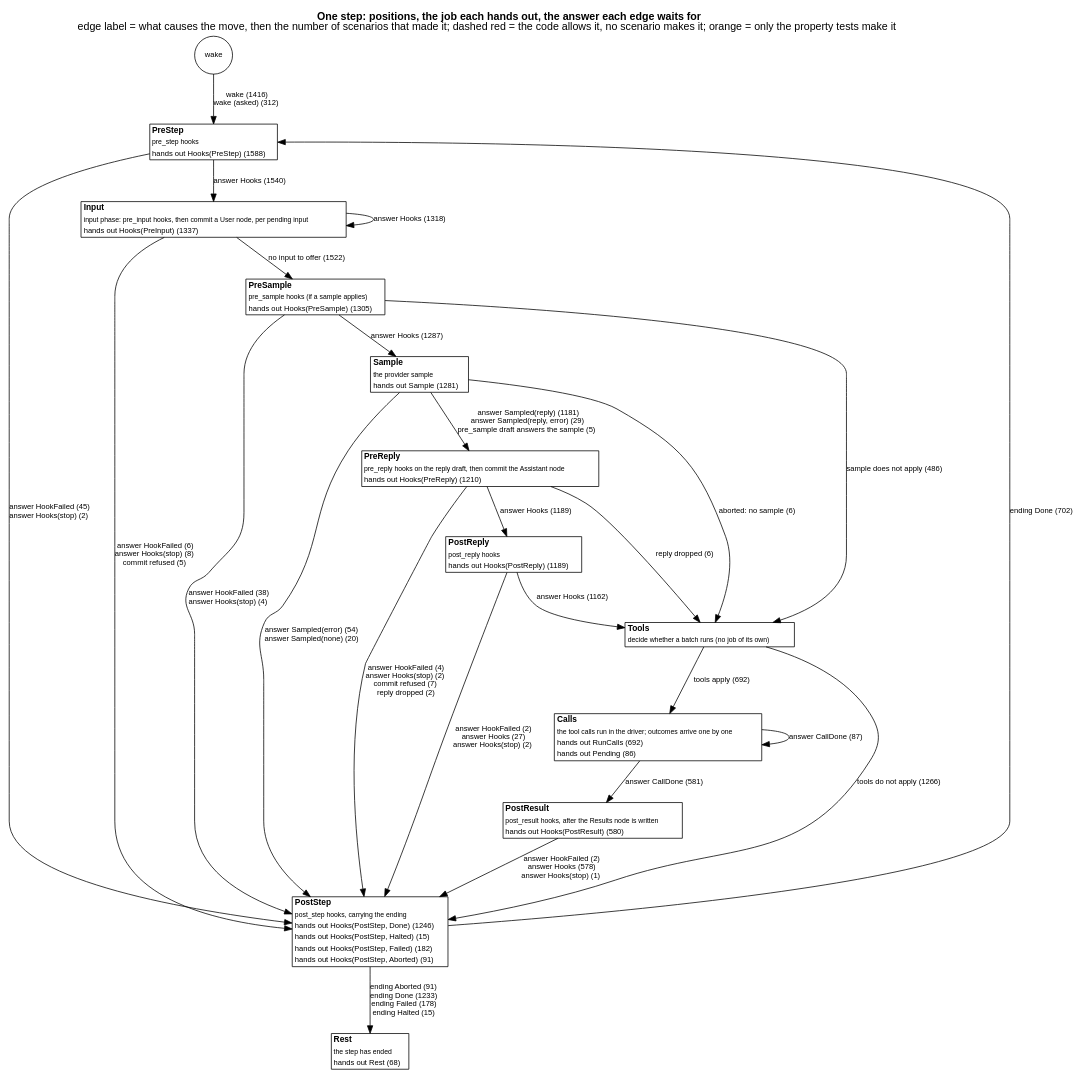
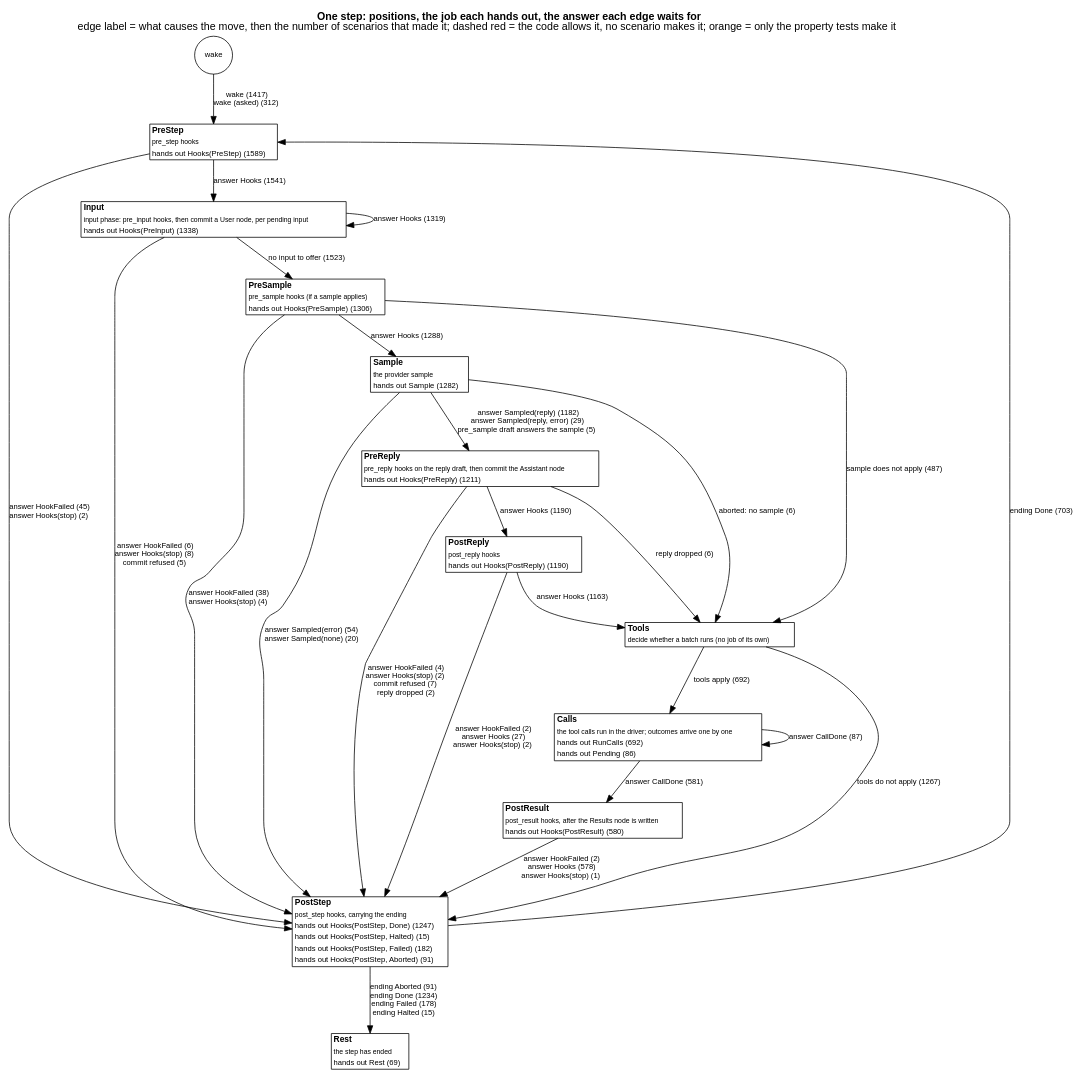
Before and after one commit to jmccardle/tau: the diagram in docs/as-built/diagrams/step-positions.dot, drawn with Graphviz. The commit also changed 6 other files, not shown here.

```diff
--- a/docs/as-built/diagrams/step-positions.dot
+++ b/docs/as-built/diagrams/step-positions.dot
@@ -1,42 +1,42 @@
 // Generated by scripts/diagrams.sh from the test suites' transitions. Do not edit.
 digraph step_positions {
   graph [rankdir=TB, fontname="Helvetica", nodesep=0.5, ranksep=0.6, labelloc=t, label=<<b>One step: positions, the job each hands out, the answer each edge waits for</b><br/>edge label = what causes the move, then the number of scenarios that made it; dashed red = the code allows it, no scenario makes it; orange = only the property tests make it>];
   node [shape=plain, fontname="Helvetica", fontsize=11];
   edge [fontname="Helvetica", fontsize=10];
   "(wake)" [shape=circle, label="wake", fontsize=10];
-  "PreStep" [label=<<table border="1" cellborder="0" cellspacing="0" bgcolor="white"><tr><td align="left"><b>PreStep</b></td></tr><tr><td align="left"><font point-size="9">pre_step hooks</font></td></tr><tr><td align="left"><font color="black" point-size="10">hands out Hooks(PreStep) (1588)</font></td></tr></table>>];
-  "Input" [label=<<table border="1" cellborder="0" cellspacing="0" bgcolor="white"><tr><td align="left"><b>Input</b></td></tr><tr><td align="left"><font point-size="9">input phase: pre_input hooks, then commit a User node, per pending input</font></td></tr><tr><td align="left"><font color="black" point-size="10">hands out Hooks(PreInput) (1337)</font></td></tr></table>>];
-  "PreSample" [label=<<table border="1" cellborder="0" cellspacing="0" bgcolor="white"><tr><td align="left"><b>PreSample</b></td></tr><tr><td align="left"><font point-size="9">pre_sample hooks (if a sample applies)</font></td></tr><tr><td align="left"><font color="black" point-size="10">hands out Hooks(PreSample) (1305)</font></td></tr></table>>];
-  "Sample" [label=<<table border="1" cellborder="0" cellspacing="0" bgcolor="white"><tr><td align="left"><b>Sample</b></td></tr><tr><td align="left"><font point-size="9">the provider sample</font></td></tr><tr><td align="left"><font color="black" point-size="10">hands out Sample (1281)</font></td></tr></table>>];
-  "PreReply" [label=<<table border="1" cellborder="0" cellspacing="0" bgcolor="white"><tr><td align="left"><b>PreReply</b></td></tr><tr><td align="left"><font point-size="9">pre_reply hooks on the reply draft, then commit the Assistant node</font></td></tr><tr><td align="left"><font color="black" point-size="10">hands out Hooks(PreReply) (1210)</font></td></tr></table>>];
-  "PostReply" [label=<<table border="1" cellborder="0" cellspacing="0" bgcolor="white"><tr><td align="left"><b>PostReply</b></td></tr><tr><td align="left"><font point-size="9">post_reply hooks</font></td></tr><tr><td align="left"><font color="black" point-size="10">hands out Hooks(PostReply) (1189)</font></td></tr></table>>];
+  "PreStep" [label=<<table border="1" cellborder="0" cellspacing="0" bgcolor="white"><tr><td align="left"><b>PreStep</b></td></tr><tr><td align="left"><font point-size="9">pre_step hooks</font></td></tr><tr><td align="left"><font color="black" point-size="10">hands out Hooks(PreStep) (1589)</font></td></tr></table>>];
+  "Input" [label=<<table border="1" cellborder="0" cellspacing="0" bgcolor="white"><tr><td align="left"><b>Input</b></td></tr><tr><td align="left"><font point-size="9">input phase: pre_input hooks, then commit a User node, per pending input</font></td></tr><tr><td align="left"><font color="black" point-size="10">hands out Hooks(PreInput) (1338)</font></td></tr></table>>];
+  "PreSample" [label=<<table border="1" cellborder="0" cellspacing="0" bgcolor="white"><tr><td align="left"><b>PreSample</b></td></tr><tr><td align="left"><font point-size="9">pre_sample hooks (if a sample applies)</font></td></tr><tr><td align="left"><font color="black" point-size="10">hands out Hooks(PreSample) (1306)</font></td></tr></table>>];
+  "Sample" [label=<<table border="1" cellborder="0" cellspacing="0" bgcolor="white"><tr><td align="left"><b>Sample</b></td></tr><tr><td align="left"><font point-size="9">the provider sample</font></td></tr><tr><td align="left"><font color="black" point-size="10">hands out Sample (1282)</font></td></tr></table>>];
+  "PreReply" [label=<<table border="1" cellborder="0" cellspacing="0" bgcolor="white"><tr><td align="left"><b>PreReply</b></td></tr><tr><td align="left"><font point-size="9">pre_reply hooks on the reply draft, then commit the Assistant node</font></td></tr><tr><td align="left"><font color="black" point-size="10">hands out Hooks(PreReply) (1211)</font></td></tr></table>>];
+  "PostReply" [label=<<table border="1" cellborder="0" cellspacing="0" bgcolor="white"><tr><td align="left"><b>PostReply</b></td></tr><tr><td align="left"><font point-size="9">post_reply hooks</font></td></tr><tr><td align="left"><font color="black" point-size="10">hands out Hooks(PostReply) (1190)</font></td></tr></table>>];
   "Tools" [label=<<table border="1" cellborder="0" cellspacing="0" bgcolor="white"><tr><td align="left"><b>Tools</b></td></tr><tr><td align="left"><font point-size="9">decide whether a batch runs (no job of its own)</font></td></tr></table>>];
   "Calls" [label=<<table border="1" cellborder="0" cellspacing="0" bgcolor="white"><tr><td align="left"><b>Calls</b></td></tr><tr><td align="left"><font point-size="9">the tool calls run in the driver; outcomes arrive one by one</font></td></tr><tr><td align="left"><font color="black" point-size="10">hands out RunCalls (692)</font></td></tr><tr><td align="left"><font color="black" point-size="10">hands out Pending (86)</font></td></tr></table>>];
   "PostResult" [label=<<table border="1" cellborder="0" cellspacing="0" bgcolor="white"><tr><td align="left"><b>PostResult</b></td></tr><tr><td align="left"><font point-size="9">post_result hooks, after the Results node is written</font></td></tr><tr><td align="left"><font color="black" point-size="10">hands out Hooks(PostResult) (580)</font></td></tr></table>>];
-  "PostStep" [label=<<table border="1" cellborder="0" cellspacing="0" bgcolor="white"><tr><td align="left"><b>PostStep</b></td></tr><tr><td align="left"><font point-size="9">post_step hooks, carrying the ending</font></td></tr><tr><td align="left"><font color="black" point-size="10">hands out Hooks(PostStep, Done) (1246)</font></td></tr><tr><td align="left"><font color="black" point-size="10">hands out Hooks(PostStep, Halted) (15)</font></td></tr><tr><td align="left"><font color="black" point-size="10">hands out Hooks(PostStep, Failed) (182)</font></td></tr><tr><td align="left"><font color="black" point-size="10">hands out Hooks(PostStep, Aborted) (91)</font></td></tr></table>>];
-  "Rest" [label=<<table border="1" cellborder="0" cellspacing="0" bgcolor="white"><tr><td align="left"><b>Rest</b></td></tr><tr><td align="left"><font point-size="9">the step has ended</font></td></tr><tr><td align="left"><font color="black" point-size="10">hands out Rest (68)</font></td></tr></table>>];
-  "(wake)" -> "PreStep" [label=<wake (1416)<br/>wake (asked) (312)>, color="black", style=solid];
+  "PostStep" [label=<<table border="1" cellborder="0" cellspacing="0" bgcolor="white"><tr><td align="left"><b>PostStep</b></td></tr><tr><td align="left"><font point-size="9">post_step hooks, carrying the ending</font></td></tr><tr><td align="left"><font color="black" point-size="10">hands out Hooks(PostStep, Done) (1247)</font></td></tr><tr><td align="left"><font color="black" point-size="10">hands out Hooks(PostStep, Halted) (15)</font></td></tr><tr><td align="left"><font color="black" point-size="10">hands out Hooks(PostStep, Failed) (182)</font></td></tr><tr><td align="left"><font color="black" point-size="10">hands out Hooks(PostStep, Aborted) (91)</font></td></tr></table>>];
+  "Rest" [label=<<table border="1" cellborder="0" cellspacing="0" bgcolor="white"><tr><td align="left"><b>Rest</b></td></tr><tr><td align="left"><font point-size="9">the step has ended</font></td></tr><tr><td align="left"><font color="black" point-size="10">hands out Rest (69)</font></td></tr></table>>];
+  "(wake)" -> "PreStep" [label=<wake (1417)<br/>wake (asked) (312)>, color="black", style=solid];
   "Calls" -> "Calls" [label=<answer CallDone (87)>, color="black", style=solid];
   "Calls" -> "PostResult" [label=<answer CallDone (581)>, color="black", style=solid];
-  "Input" -> "Input" [label=<answer Hooks (1318)>, color="black", style=solid];
+  "Input" -> "Input" [label=<answer Hooks (1319)>, color="black", style=solid];
   "Input" -> "PostStep" [label=<answer HookFailed (6)<br/>answer Hooks(stop) (8)<br/>commit refused (5)>, color="black", style=solid];
-  "Input" -> "PreSample" [label=<no input to offer (1522)>, color="black", style=solid];
+  "Input" -> "PreSample" [label=<no input to offer (1523)>, color="black", style=solid];
   "PostReply" -> "PostStep" [label=<answer HookFailed (2)<br/>answer Hooks (27)<br/>answer Hooks(stop) (2)>, color="black", style=solid];
-  "PostReply" -> "Tools" [label=<answer Hooks (1162)>, color="black", style=solid];
+  "PostReply" -> "Tools" [label=<answer Hooks (1163)>, color="black", style=solid];
   "PostResult" -> "PostStep" [label=<answer HookFailed (2)<br/>answer Hooks (578)<br/>answer Hooks(stop) (1)>, color="black", style=solid];
-  "PostStep" -> "PreStep" [label=<ending Done (702)>, color="black", style=solid];
-  "PostStep" -> "Rest" [label=<ending Aborted (91)<br/>ending Done (1233)<br/>ending Failed (178)<br/>ending Halted (15)>, color="black", style=solid];
-  "PreReply" -> "PostReply" [label=<answer Hooks (1189)>, color="black", style=solid];
+  "PostStep" -> "PreStep" [label=<ending Done (703)>, color="black", style=solid];
+  "PostStep" -> "Rest" [label=<ending Aborted (91)<br/>ending Done (1234)<br/>ending Failed (178)<br/>ending Halted (15)>, color="black", style=solid];
+  "PreReply" -> "PostReply" [label=<answer Hooks (1190)>, color="black", style=solid];
   "PreReply" -> "PostStep" [label=<answer HookFailed (4)<br/>answer Hooks(stop) (2)<br/>commit refused (7)<br/>reply dropped (2)>, color="black", style=solid];
   "PreReply" -> "Tools" [label=<reply dropped (6)>, color="black", style=solid];
   "PreSample" -> "PostStep" [label=<answer HookFailed (38)<br/>answer Hooks(stop) (4)>, color="black", style=solid];
-  "PreSample" -> "Sample" [label=<answer Hooks (1287)>, color="black", style=solid];
-  "PreSample" -> "Tools" [label=<sample does not apply (486)>, color="black", style=solid];
-  "PreStep" -> "Input" [label=<answer Hooks (1540)>, color="black", style=solid];
+  "PreSample" -> "Sample" [label=<answer Hooks (1288)>, color="black", style=solid];
+  "PreSample" -> "Tools" [label=<sample does not apply (487)>, color="black", style=solid];
+  "PreStep" -> "Input" [label=<answer Hooks (1541)>, color="black", style=solid];
   "PreStep" -> "PostStep" [label=<answer HookFailed (45)<br/>answer Hooks(stop) (2)>, color="black", style=solid];
   "Sample" -> "PostStep" [label=<answer Sampled(error) (54)<br/>answer Sampled(none) (20)>, color="black", style=solid];
-  "Sample" -> "PreReply" [label=<answer Sampled(reply) (1181)<br/>answer Sampled(reply, error) (29)<br/>pre_sample draft answers the sample (5)>, color="black", style=solid];
+  "Sample" -> "PreReply" [label=<answer Sampled(reply) (1182)<br/>answer Sampled(reply, error) (29)<br/>pre_sample draft answers the sample (5)>, color="black", style=solid];
   "Sample" -> "Tools" [label=<aborted: no sample (6)>, color="black", style=solid];
   "Tools" -> "Calls" [label=<tools apply (692)>, color="black", style=solid];
-  "Tools" -> "PostStep" [label=<tools do not apply (1266)>, color="black", style=solid];
+  "Tools" -> "PostStep" [label=<tools do not apply (1267)>, color="black", style=solid];
 }
```
